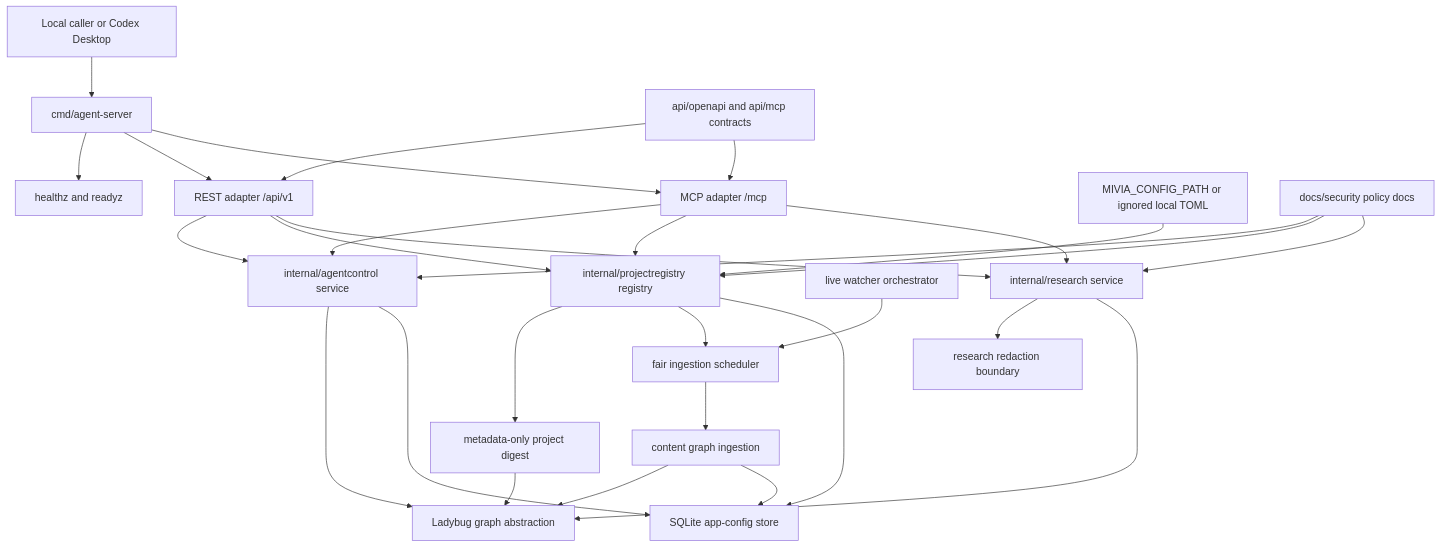
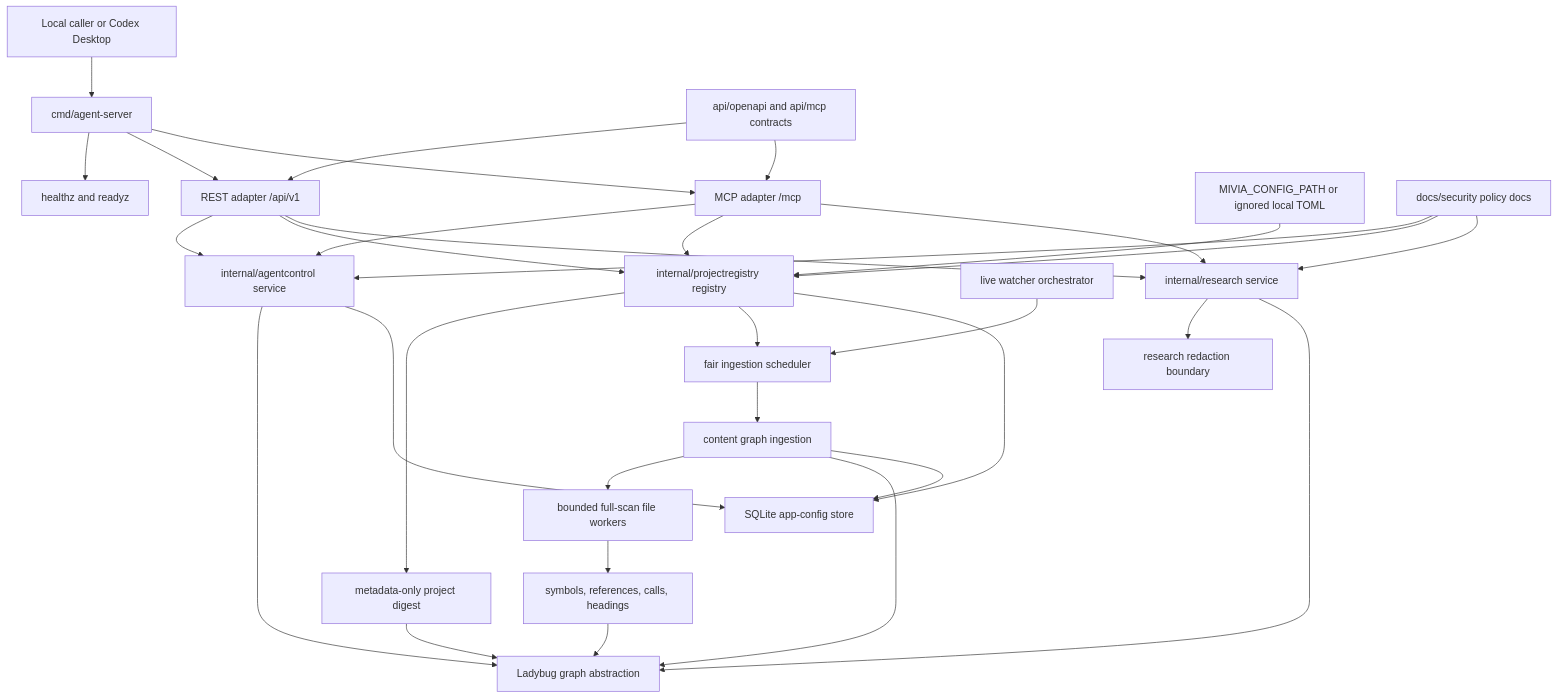
Before and after one commit to MiviaLabs/go-mivia: the first of 5 diagrams in docs/architecture/system-architecture.md, drawn with Mermaid. The commit also changed other lines of this file and 1 other file, not shown here.

````diff
--- a/docs/architecture/system-architecture.md
+++ b/docs/architecture/system-architecture.md
@@ -26,50 +26,55 @@
 ```mermaid
 flowchart TB
   LocalClient["Local caller or Codex Desktop"]
   Server["cmd/agent-server"]
   Health["healthz and readyz"]
   REST["REST adapter /api/v1"]
   MCP["MCP adapter /mcp"]
   AgentService["internal/agentcontrol service"]
   ProjectRegistry["internal/projectregistry registry"]
   ProjectDigest["metadata-only project digest"]
   ProjectIngestion["content graph ingestion"]
   Scheduler["fair ingestion scheduler"]
   Watcher["live watcher orchestrator"]
+  FullScanWorkers["bounded full-scan file workers"]
+  SemanticGraph["symbols, references, calls, headings"]
   ResearchService["internal/research service"]
   Redaction["research redaction boundary"]
   Ladybug["Ladybug graph abstraction"]
   SQLite["SQLite app-config store"]
   ConfigFile["MIVIA_CONFIG_PATH or ignored local TOML"]
   Contracts["api/openapi and api/mcp contracts"]
   SecurityDocs["docs/security policy docs"]
 
   LocalClient --> Server
   Server --> Health
   Server --> REST
   Server --> MCP
   REST --> AgentService
   MCP --> AgentService
   REST --> ProjectRegistry
   MCP --> ProjectRegistry
   ProjectRegistry --> ProjectDigest
   ProjectDigest --> Ladybug
   ProjectRegistry --> Scheduler
   Watcher --> Scheduler
   Scheduler --> ProjectIngestion
+  ProjectIngestion --> FullScanWorkers
+  FullScanWorkers --> SemanticGraph
+  SemanticGraph --> Ladybug
   ProjectIngestion --> Ladybug
   ProjectIngestion --> SQLite
   ConfigFile --> ProjectRegistry
   REST --> ResearchService
   MCP --> ResearchService
   ResearchService --> Redaction
   AgentService --> Ladybug
   ResearchService --> Ladybug
   AgentService --> SQLite
   ProjectRegistry --> SQLite
   Contracts --> REST
   Contracts --> MCP
   SecurityDocs --> AgentService
   SecurityDocs --> ProjectRegistry
   SecurityDocs --> ResearchService
 ```
````
